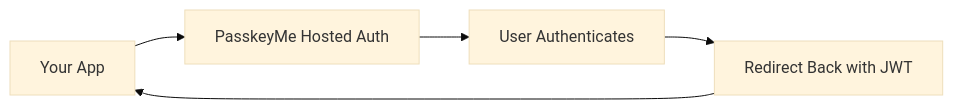
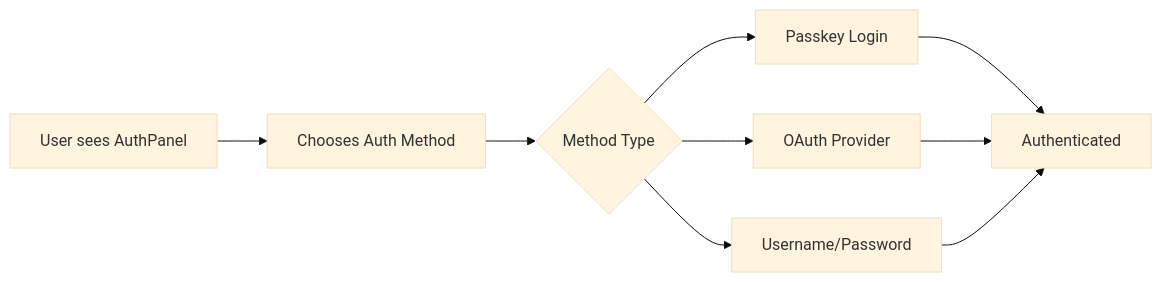
One commit to justincrosbie/passkeyme-docs changed the diagram in docs/getting-started/quick-start.md. Above: the diagram before and after it, drawn with Mermaid (base theme). The commit also changed other lines of this file and 18 other files, not shown here.

````diff
--- a/docs/getting-started/quick-start.md
+++ b/docs/getting-started/quick-start.md
@@ -16,7 +45,11 @@
 ```mermaid
 graph LR
-    A[Your App] --> B[PasskeyMe Hosted Auth]
-    B --> C[User Authenticates]
-    C --> D[Redirect Back with JWT]
-    D --> A
+    A[User sees AuthPanel] --> B[Chooses Auth Method]
+    B --> C{Method Type}
+    C --> D[Passkey Login]
+    C --> E[OAuth Provider]
+    C --> F[Username/Password]
+    D --> G[Authenticated]
+    E --> G
+    F --> G
 ```
````
